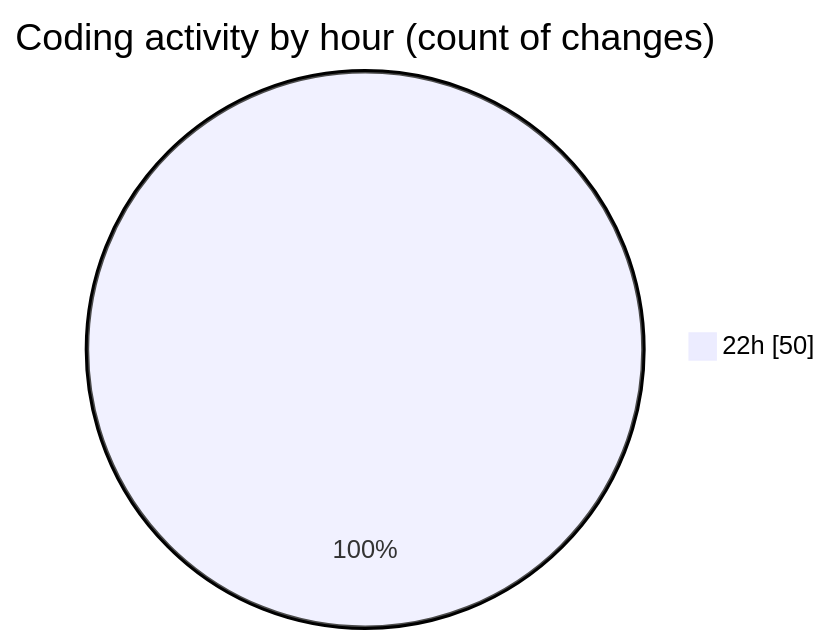
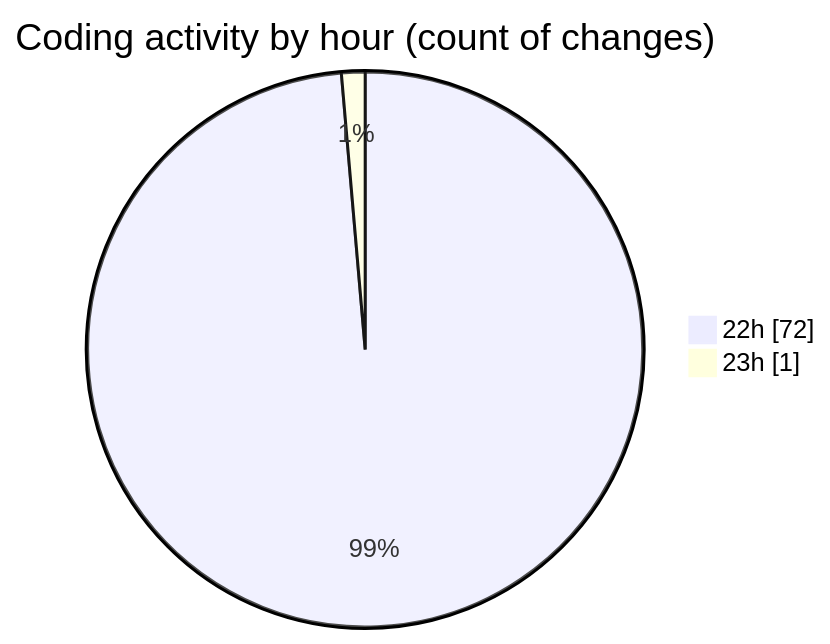
Before and after one commit to Ritupan-Deka/code-tracking: the second of 2 diagrams in 2025-07-28/javascript/README.md, drawn with Mermaid. The commit also changed other lines of this file and 1 other file, not shown here.

````diff
--- a/2025-07-28/javascript/README.md
+++ b/2025-07-28/javascript/README.md
@@ -28,5 +28,6 @@
 ```mermaid
 pie showData
 title Coding activity by hour (count of changes)
-"22h" : 50
+"22h" : 72
+"23h" : 1
 ```
````
